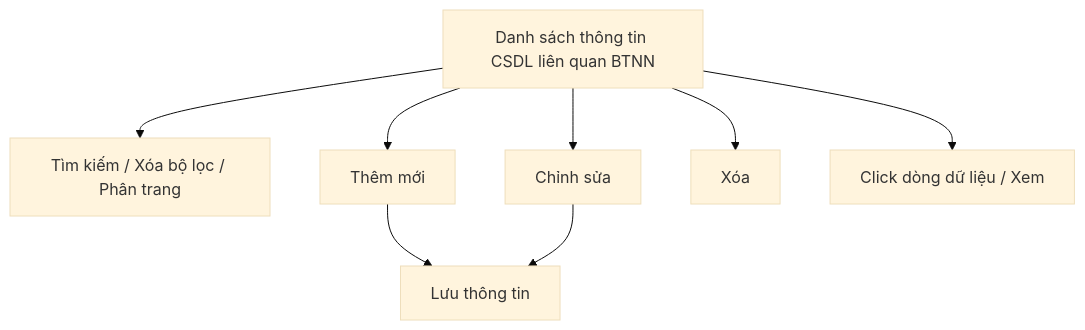
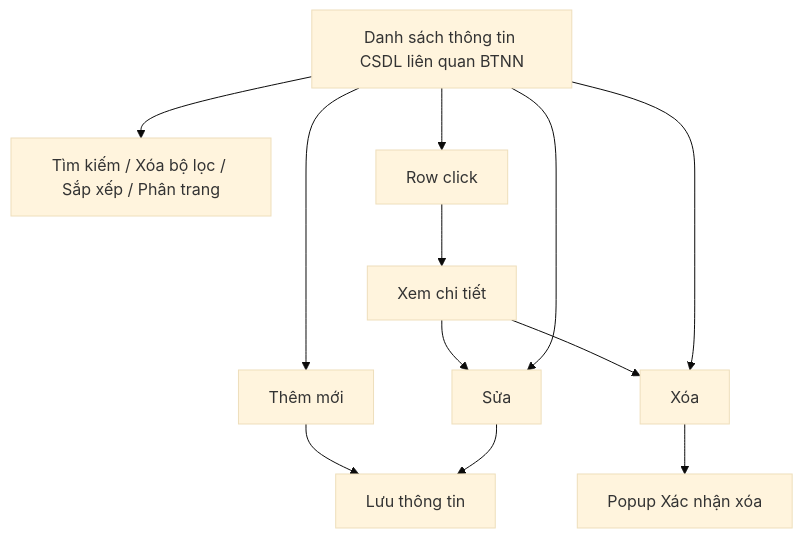
The diagram in Tai lieu phan tich/03_Website_Quan_tri/03_Cong_tac_boi_thuong/SRS_BTNN_BTP_CSDL_LienQuan.md (huyendt2007/BPBD_UI), drawn with Mermaid (base theme) before and after one commit. The commit also changed other lines of this file and 135 other files, not shown here.

````diff
--- a/Tai lieu phan tich/03_Website_Quan_tri/03_Cong_tac_boi_thuong/SRS_BTNN_BTP_CSDL_LienQuan.md
+++ b/Tai lieu phan tich/03_Website_Quan_tri/03_Cong_tac_boi_thuong/SRS_BTNN_BTP_CSDL_LienQuan.md
@@ -27,10 +33,10 @@
 ```mermaid
 flowchart TD
-    A[Danh sách thông tin CSDL liên quan BTNN] --> B[Tìm kiếm / Xóa bộ lọc / Phân trang]
-    A --> C[Thêm mới]
-    C --> D[Lưu thông tin]
-    A --> E[Chỉnh sửa]
-    E --> D
-    A --> F[Xóa]
-    A --> G[Click dòng dữ liệu / Xem]
+    A[Danh sách thông tin CSDL liên quan BTNN] --> B[Tìm kiếm / Xóa bộ lọc / Sắp xếp / Phân trang]
+    A --> G[Row click] --> K[Xem chi tiết]
+    K --> E
+    K --> F
+    A --> C[Thêm mới] --> D[Lưu thông tin]
+    A --> E[Sửa] --> D
+    A --> F[Xóa] --> X[Popup Xác nhận xóa]
 ```
````
